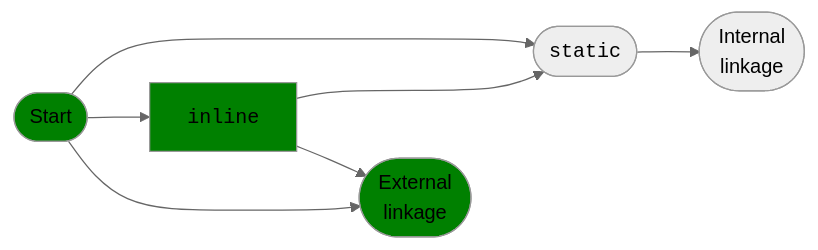
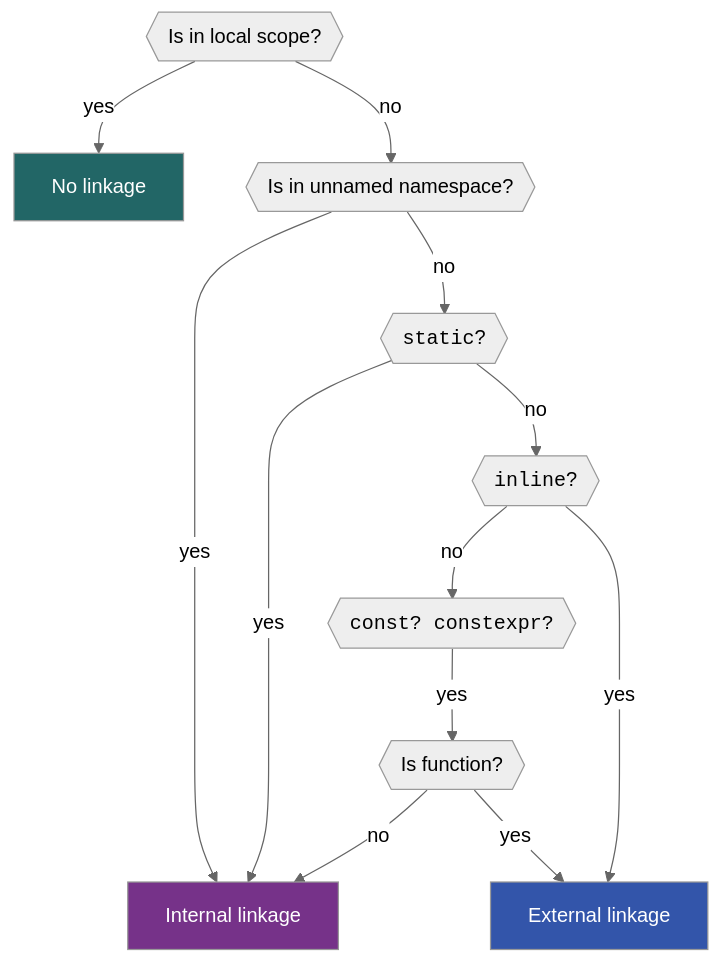
One commit to cpp-for-yourself/lectures-and-homeworks changed the diagram in lectures/static.md. Above: the diagram before and after it, drawn with Mermaid (neutral theme). The commit also changed other lines of this file, not shown here.

Commit message:
Simplify diagram for linkage

````diff
--- a/lectures/static.md
+++ b/lectures/static.md
@@ -509,16 +475,18 @@
 ```mermaid
-graph LR;
-  Type([Start])
-  Static-->Int([Internal<br>linkage])
-  Type---->Static([<code>static</code>])
+graph TB;
+  Local -->|yes| No[No linkage]
+  Local{{Is in local scope?}} -->|no| Unnamed
+  Unnamed{{Is in unnamed namespace?}} -->|yes| Internal
+  Unnamed -->|no| Static
+  Static{{<code>static</code>?}} -->|yes| Internal[Internal linkage]
+  Static -->|no| Inline{{<code>inline</code>?}}
+  Inline -->|no| Const{{<code>const? constexpr?</code>}}
+  Inline -->|yes| External[External linkage]
+  Const -->|yes| Func{{Is function?}}
+  Func -->|no| Internal
+  Func -->|yes| External
 
-  Type-->Inline[<code>inline</code>]
-  Inline-->Static
-
-  Type--->Ext([External<br>linkage])
-  Inline-->Ext
-
-  style Type fill:green;
-  style Inline fill:green;
-  style Ext fill:green;
+  style No fill:#226666,color:white;
+  style Internal fill:#763289,color:white;
+  style External fill:#3355AA,color:white;
 ```
````
